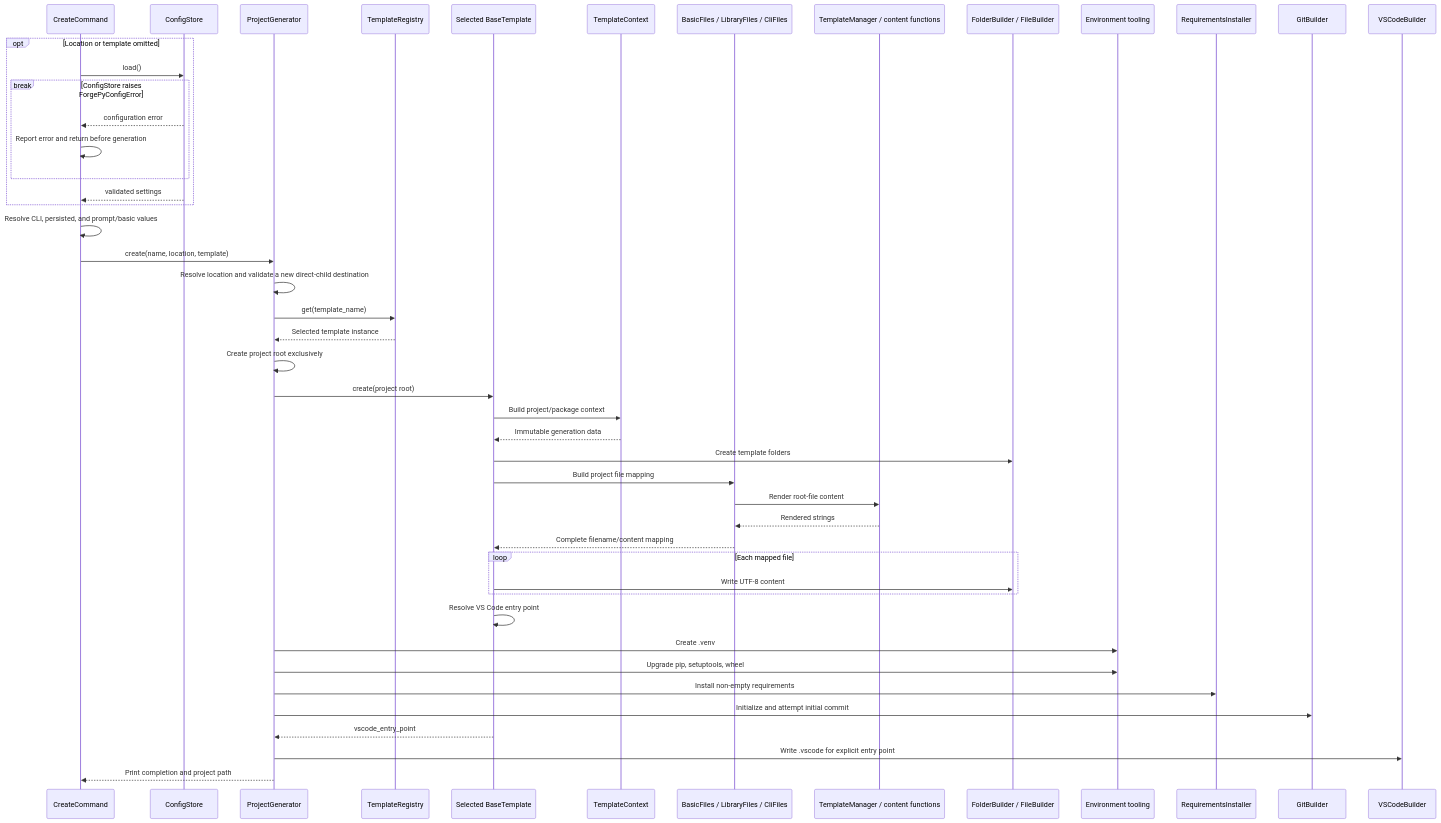
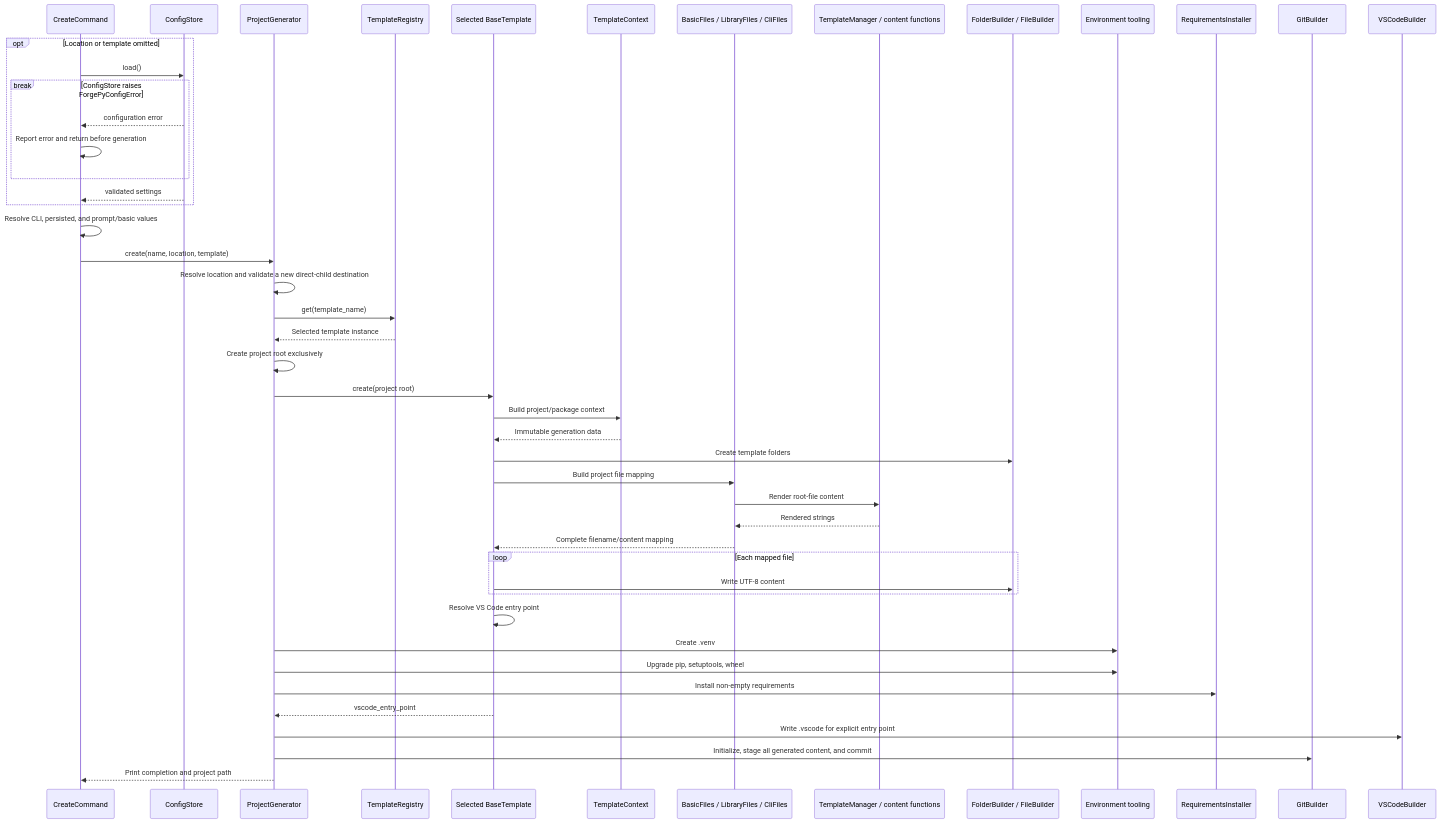
Before and after one commit to rendyzou89/ForgePy: the fourth of 4 diagrams in ARCHITECTURE.md, drawn with Mermaid. The commit also changed other lines of this file and 5 other files, not shown here.

Commit message:
fix(generator): stage vscode files before git commit

````diff
--- a/ARCHITECTURE.md
+++ b/ARCHITECTURE.md
@@ -438,50 +438,50 @@
 ```mermaid
 sequenceDiagram
     participant C as CreateCommand
     participant UC as ConfigStore
     participant G as ProjectGenerator
     participant TR as TemplateRegistry
     participant T as Selected BaseTemplate
     participant TC as TemplateContext
     participant F as BasicFiles / LibraryFiles / CliFiles
     participant TM as TemplateManager / content functions
     participant B as FolderBuilder / FileBuilder
     participant E as Environment tooling
     participant R as RequirementsInstaller
     participant Git as GitBuilder
     participant V as VSCodeBuilder
 
     opt Location or template omitted
         C->>UC: load()
         break ConfigStore raises ForgePyConfigError
             UC-->>C: configuration error
             C->>C: Report error and return before generation
         end
         UC-->>C: validated settings
     end
     C->>C: Resolve CLI, persisted, and prompt/basic values
     C->>G: create(name, location, template)
     G->>G: Resolve location and validate a new direct-child destination
     G->>TR: get(template_name)
     TR-->>G: Selected template instance
     G->>G: Create project root exclusively
     G->>T: create(project root)
     T->>TC: Build project/package context
     TC-->>T: Immutable generation data
     T->>B: Create template folders
     T->>F: Build project file mapping
     F->>TM: Render root-file content
     TM-->>F: Rendered strings
     F-->>T: Complete filename/content mapping
     loop Each mapped file
         T->>B: Write UTF-8 content
     end
     T->>T: Resolve VS Code entry point
     G->>E: Create .venv
     G->>E: Upgrade pip, setuptools, wheel
     G->>R: Install non-empty requirements
-    G->>Git: Initialize and attempt initial commit
     T-->>G: vscode_entry_point
     G->>V: Write .vscode for explicit entry point
+    G->>Git: Initialize, stage all generated content, and commit
     G-->>C: Print completion and project path
 ```
````
